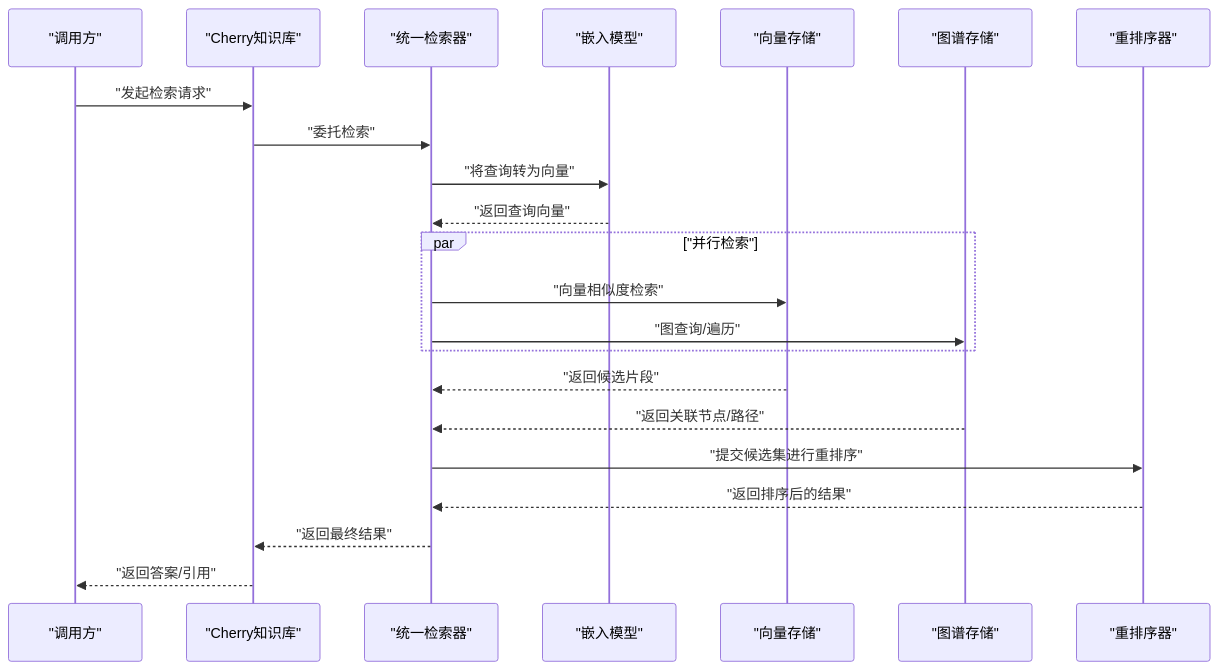
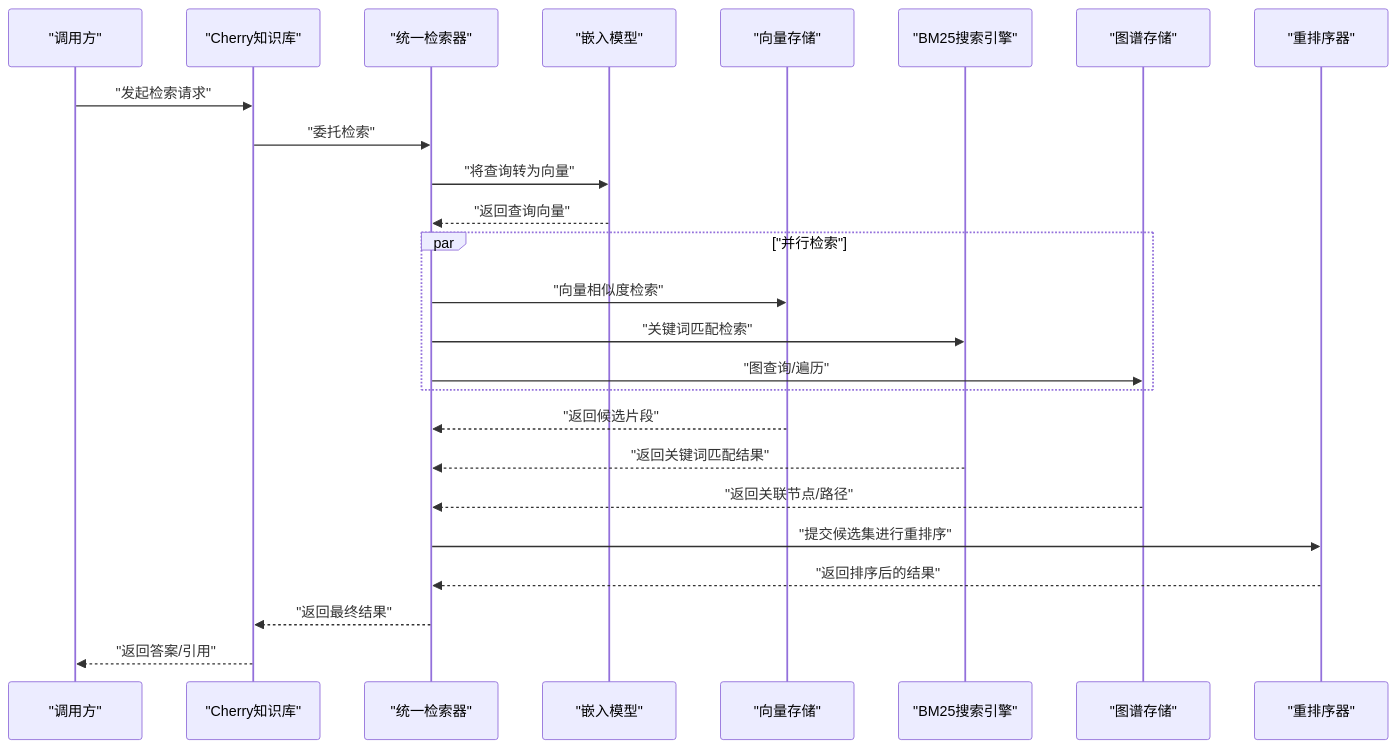
Before and after one commit to zmdhdu/NexusCockpit: the second of 7 diagrams in .qoder/repowiki/zh/content/核心模块详解/RAG检索系统.md, drawn with Mermaid. The commit also changed other lines of this file and 21 other files, not shown here.

````diff
--- a/.qoder/repowiki/zh/content/核心模块详解/RAG检索系统.md
+++ b/.qoder/repowiki/zh/content/核心模块详解/RAG检索系统.md
@@ -144,24 +154,27 @@
 ```mermaid
 sequenceDiagram
 participant U as "调用方"
 participant KB as "Cherry知识库"
 participant UR as "统一检索器"
 participant EMB as "嵌入模型"
 participant VDB as "向量存储"
+participant BM25 as "BM25搜索引擎"
 participant GDB as "图谱存储"
 participant RR as "重排序器"
 U->>KB : "发起检索请求"
 KB->>UR : "委托检索"
 UR->>EMB : "将查询转为向量"
 EMB-->>UR : "返回查询向量"
 par "并行检索"
 UR->>VDB : "向量相似度检索"
+UR->>BM25 : "关键词匹配检索"
 UR->>GDB : "图查询/遍历"
 end
 VDB-->>UR : "返回候选片段"
+BM25-->>UR : "返回关键词匹配结果"
 GDB-->>UR : "返回关联节点/路径"
 UR->>RR : "提交候选集进行重排序"
 RR-->>UR : "返回排序后的结果"
 UR-->>KB : "返回最终结果"
 KB-->>U : "返回答案/引用"
 ```
````
